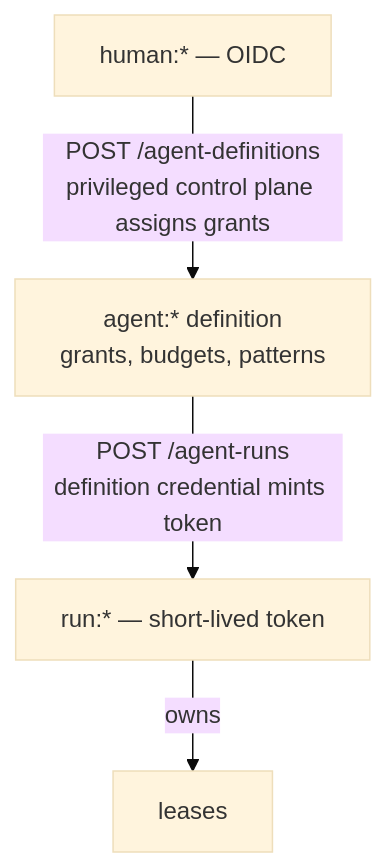
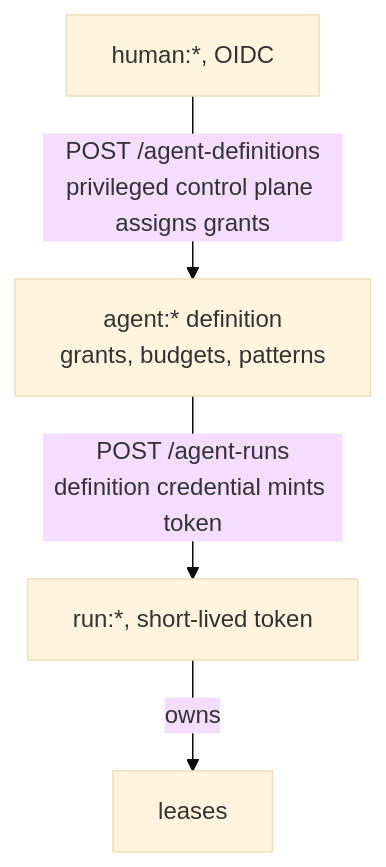
The first of 5 diagrams in agent_docs/design-auth.md (wistrand/radia), drawn with Mermaid (base theme) before and after one commit. The commit also changed other lines of this file and 136 other files, not shown here.

````diff
--- a/agent_docs/design-auth.md
+++ b/agent_docs/design-auth.md
@@ -146,6 +146,6 @@
 ```mermaid
 flowchart TB
-    H[human:* — OIDC] -->|POST /agent-definitions<br/>privileged control plane assigns grants| D[agent:* definition<br/>grants, budgets, patterns]
-    D -->|POST /agent-runs<br/>definition credential mints token| R[run:* — short-lived token]
+    H[human:*, OIDC] -->|POST /agent-definitions<br/>privileged control plane assigns grants| D[agent:* definition<br/>grants, budgets, patterns]
+    D -->|POST /agent-runs<br/>definition credential mints token| R[run:*, short-lived token]
     R -->|owns| L[leases]
 ```
````
